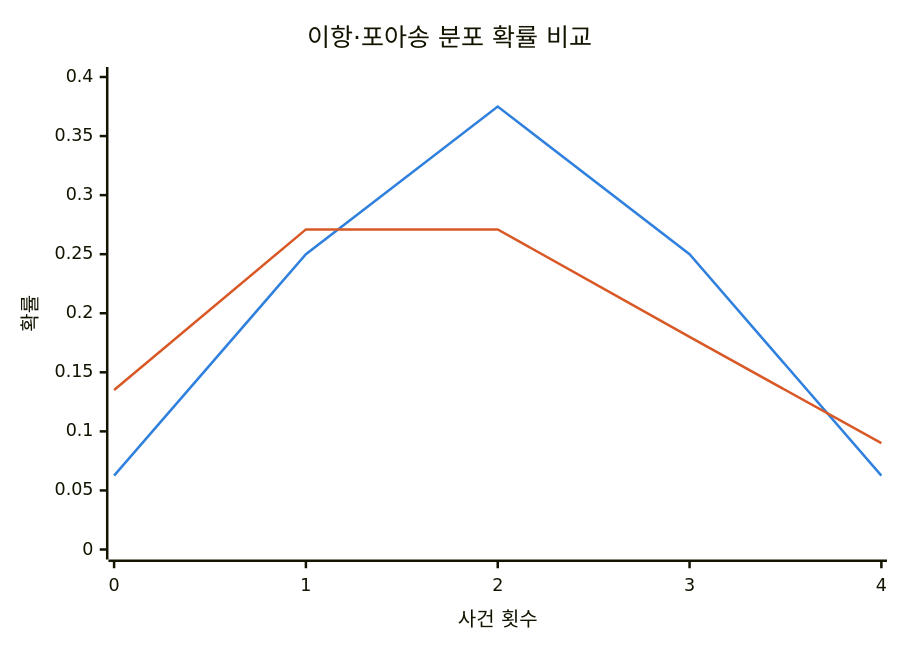
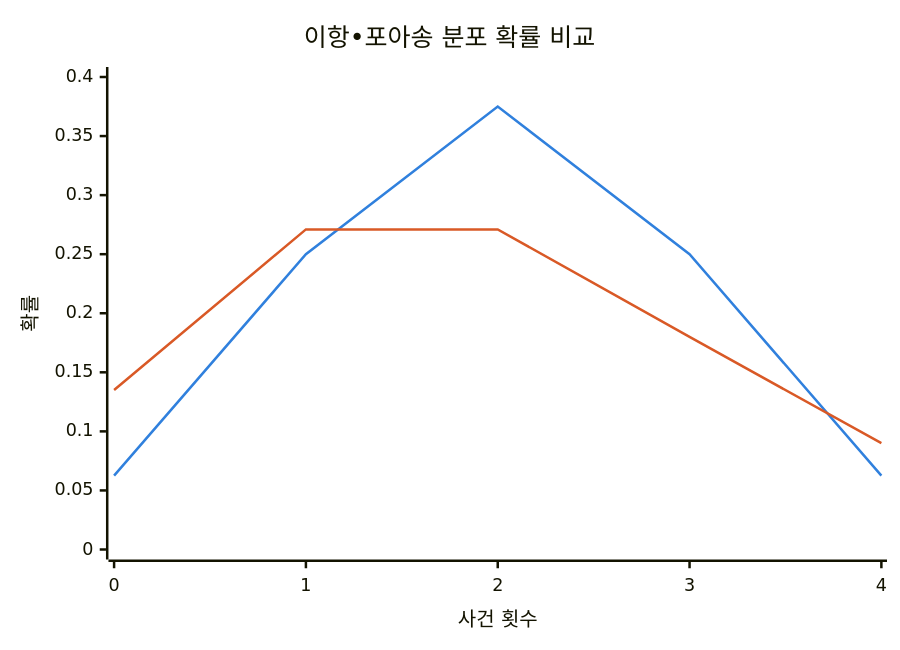
Before and after one commit to agnusdei1207/knowledge-base: the first of 4 diagrams in src/content/docs/notes/01-basic-theory/032_probability_distribution.md, drawn with Mermaid. The commit also changed other lines of this file and 20 other files, not shown here.

````diff
--- a/src/content/docs/notes/01-basic-theory/032_probability_distribution.md
+++ b/src/content/docs/notes/01-basic-theory/032_probability_distribution.md
@@ -75,9 +62,9 @@
 ```mermaid
 %%{init: {"themeVariables": {"xyChart": {"plotColorPalette": "#3080dd, #d95926"}}} }%%
 xychart-beta
-    title "이항·포아송 분포 확률 비교"
+    title "이항•포아송 분포 확률 비교"
     x-axis "사건 횟수" [0, 1, 2, 3, 4]
     y-axis "확률" 0 --> 0.4
     line [0.0625, 0.25, 0.375, 0.25, 0.0625]
     line [0.135, 0.271, 0.271, 0.18, 0.09]
 ```
````
